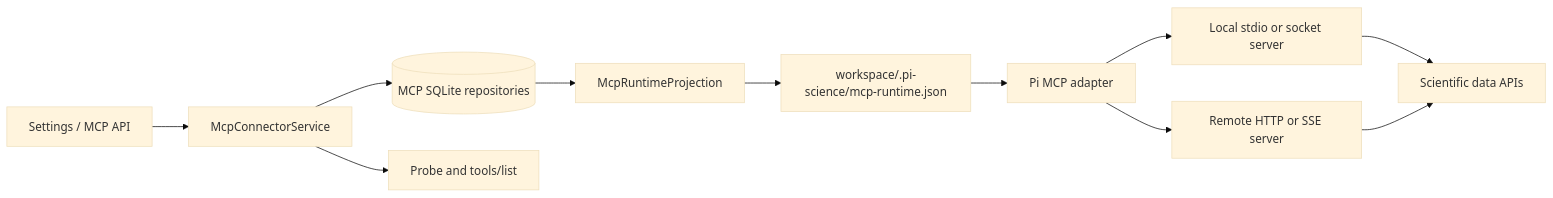
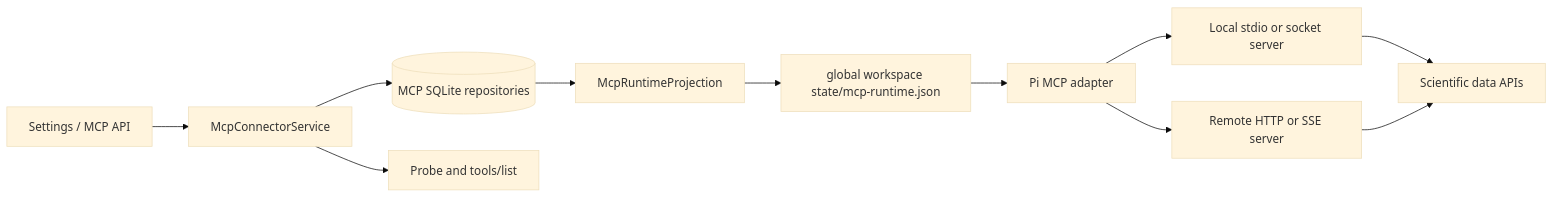
Before and after one commit to Garhorne0813/pi-science: the fourth of 4 diagrams in docs/architecture.md, drawn with Mermaid (base theme). The commit also changed other lines of this file and 65 other files, not shown here.

````diff
--- a/docs/architecture.md
+++ b/docs/architecture.md
@@ -303,13 +303,13 @@
 ```mermaid
 flowchart LR
     UI[Settings / MCP API] --> S[McpConnectorService]
     S --> DB[(MCP SQLite repositories)]
     S --> P[Probe and tools/list]
     DB --> RP[McpRuntimeProjection]
-    RP --> F[workspace/.pi-science/mcp-runtime.json]
+    RP --> F[global workspace state/mcp-runtime.json]
     F --> A[Pi MCP adapter]
     A --> L[Local stdio or socket server]
     A --> H[Remote HTTP or SSE server]
     L --> D[Scientific data APIs]
     H --> D
 ```
````
